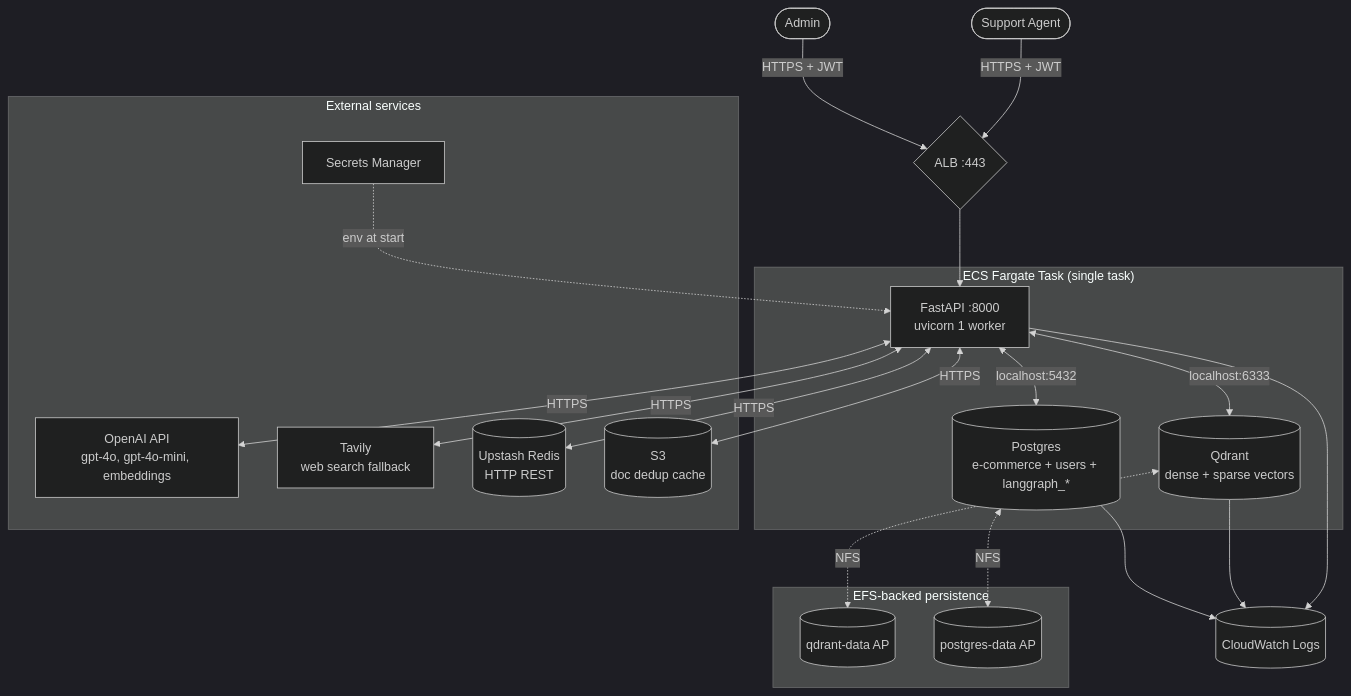
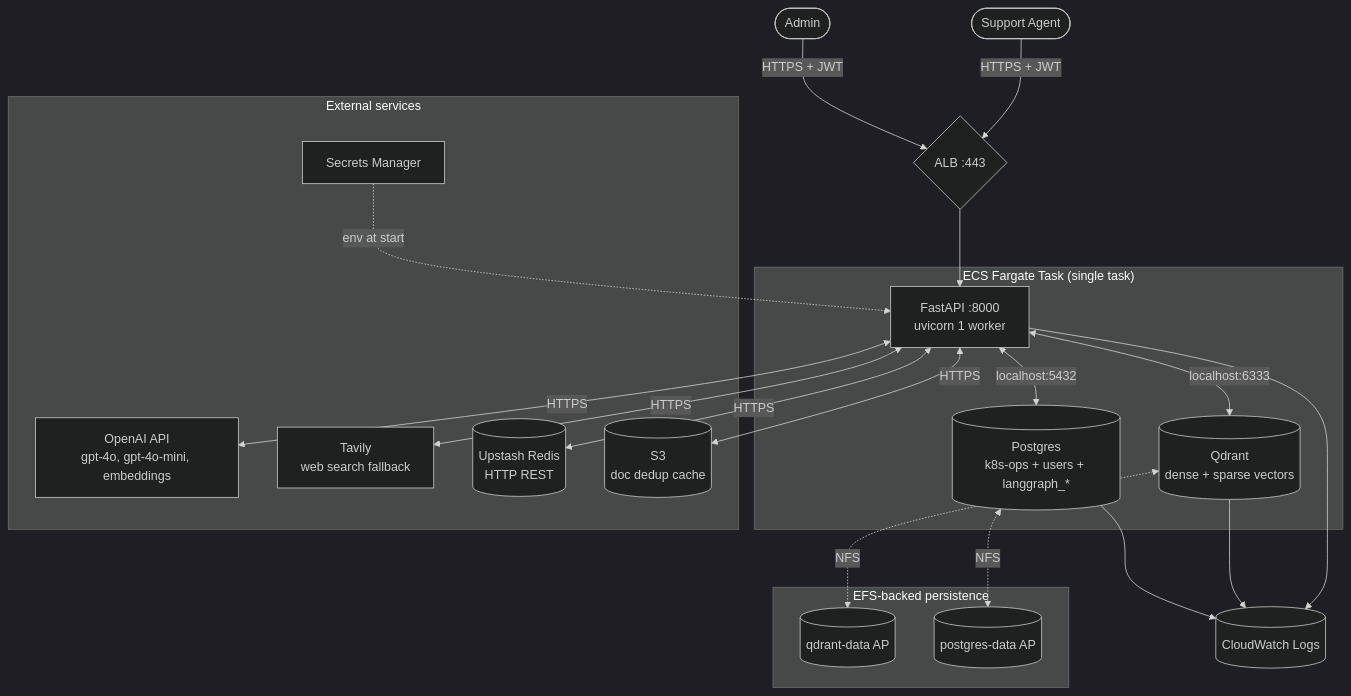
The first of 5 diagrams in PRD.md (yashprogrammer/Adv_rag), drawn with Mermaid (dark theme) before and after one commit. The commit also changed other lines of this file and 9 other files, not shown here.

````diff
--- a/PRD.md
+++ b/PRD.md
@@ -33,45 +33,46 @@
 ```mermaid
 flowchart TB
     Agent([Support Agent])
     Admin([Admin])
 
     Agent -->|HTTPS + JWT| ALB{ALB :443}
     Admin -->|HTTPS + JWT| ALB
 
     subgraph FargateTask["ECS Fargate Task (single task)"]
         API[FastAPI :8000<br/>uvicorn 1 worker]
         Qdrant[(Qdrant<br/>dense + sparse vectors)]
-        PG[(Postgres<br/>e-commerce + users + langgraph_*)]
+        PG[(Postgres<br/>k8s-ops + users + langgraph_*)]
 
         API <-->|localhost:6333| Qdrant
         API <-->|localhost:5432| PG
     end
 
     ALB --> API
 
     subgraph External["External services"]
         OpenAI[OpenAI API<br/>gpt-4o, gpt-4o-mini, embeddings]
         Tavily[Tavily<br/>web search fallback]
         Upstash[(Upstash Redis<br/>HTTP REST)]
         S3[(S3<br/>doc dedup cache)]
         SM[Secrets Manager]
     end
+
 
     API <-->|HTTPS| OpenAI
     API <-->|HTTPS| Tavily
     API <-->|HTTPS| Upstash
     API <-->|HTTPS| S3
     SM -.env at start.-> API
 
     subgraph Persistence["EFS-backed persistence"]
         EFS_Q[(qdrant-data AP)]
         EFS_PG[(postgres-data AP)]
     end
     Qdrant <-.NFS.-> EFS_Q
     PG <-.NFS.-> EFS_PG
 
     CW[(CloudWatch Logs)]
     API --> CW
     Qdrant --> CW
     PG --> CW
 ```
````
